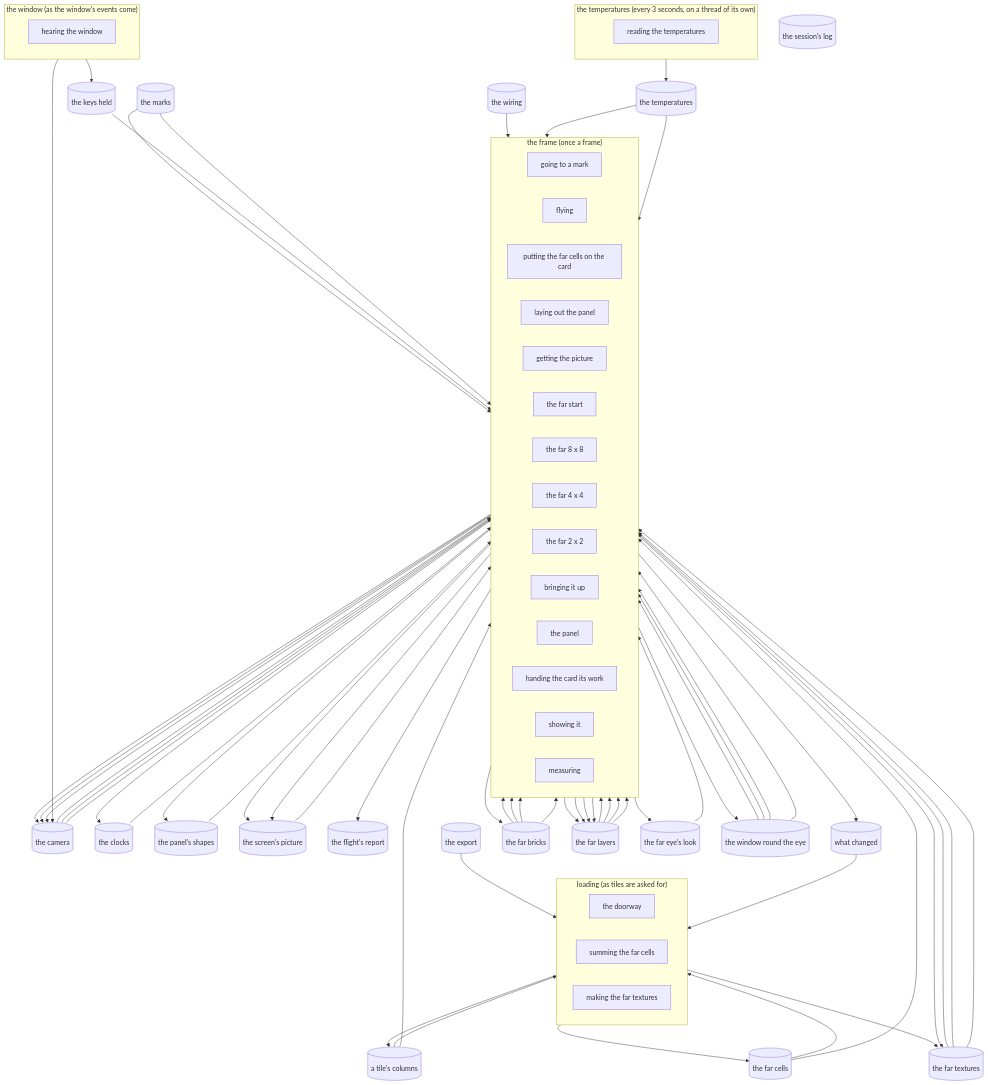
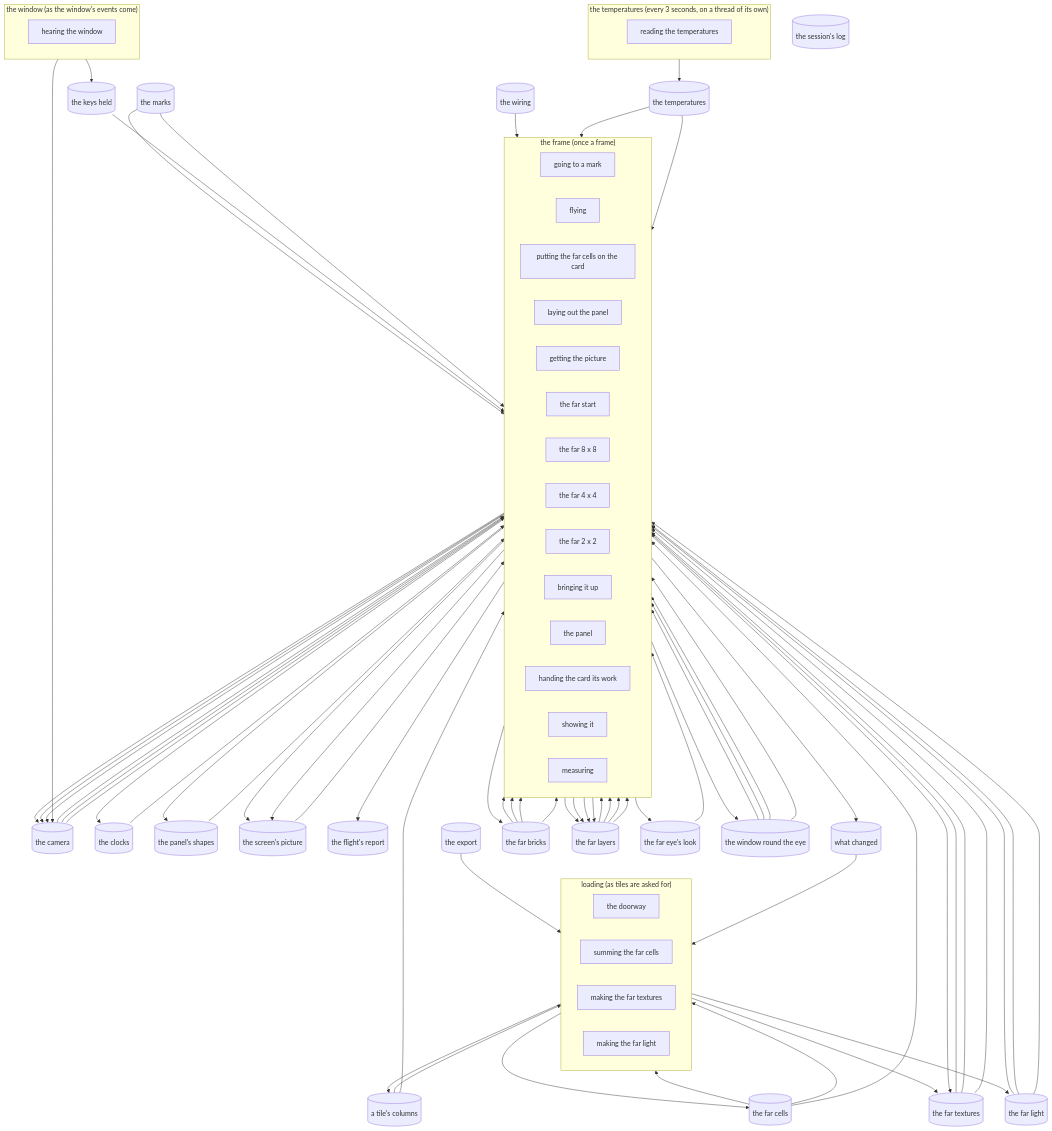
Before and after one commit to david138collins/incus-artus: the diagram in master/map.md, drawn with Mermaid. The commit also changed other lines of this file and 9 other files, not shown here.

````diff
--- a/master/map.md
+++ b/master/map.md
@@ -36,6 +36,7 @@
     pass_the_doorway["the doorway"]
     pass_summing_the_far_cells["summing the far cells"]
     pass_making_the_far_textures["making the far textures"]
+    pass_making_the_far_light["making the far light"]
   end
   subgraph lane_the_temperatures["the temperatures (every 3 seconds, on a thread of its own)"]
     direction LR
@@ -58,6 +59,7 @@
   store_the_far_layers[("the far layers")]
   store_the_far_eye_s_look[("the far eye's look")]
   store_the_far_textures[("the far textures")]
+  store_the_far_light[("the far light")]
   store_the_window_round_the_eye[("the window round the eye")]
   store_the_temperatures[("the temperatures")]
   pass_hearing_the_window --> store_the_keys_held
@@ -87,16 +89,19 @@
   pass_the_far_start --> store_the_far_layers
   store_the_far_bricks --> pass_the_far_8_x_8
   store_the_far_textures --> pass_the_far_8_x_8
+  store_the_far_light --> pass_the_far_8_x_8
   store_the_window_round_the_eye --> pass_the_far_8_x_8
   store_the_far_layers --> pass_the_far_8_x_8
   pass_the_far_8_x_8 --> store_the_far_layers
   store_the_far_bricks --> pass_the_far_4_x_4
   store_the_far_textures --> pass_the_far_4_x_4
+  store_the_far_light --> pass_the_far_4_x_4
   store_the_window_round_the_eye --> pass_the_far_4_x_4
   store_the_far_layers --> pass_the_far_4_x_4
   pass_the_far_4_x_4 --> store_the_far_layers
   store_the_far_bricks --> pass_the_far_2_x_2
   store_the_far_textures --> pass_the_far_2_x_2
+  store_the_far_light --> pass_the_far_2_x_2
   store_the_window_round_the_eye --> pass_the_far_2_x_2
   store_the_far_layers --> pass_the_far_2_x_2
   pass_the_far_2_x_2 --> store_the_far_layers
@@ -116,5 +121,7 @@
   pass_summing_the_far_cells --> store_the_far_cells
   store_the_far_cells --> pass_making_the_far_textures
   pass_making_the_far_textures --> store_the_far_textures
+  store_the_far_cells --> pass_making_the_far_light
+  pass_making_the_far_light --> store_the_far_light
   pass_reading_the_temperatures --> store_the_temperatures
 ```
````
